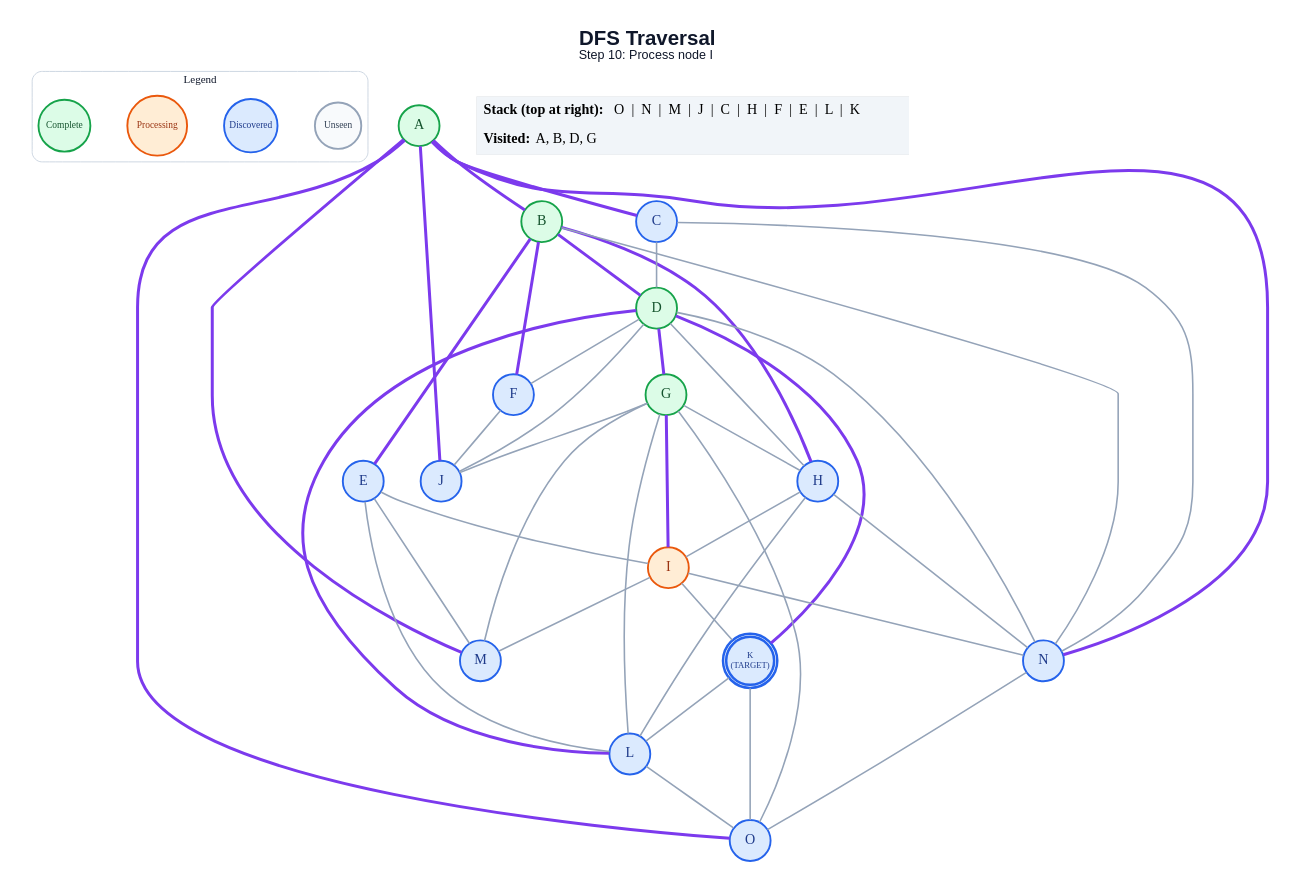
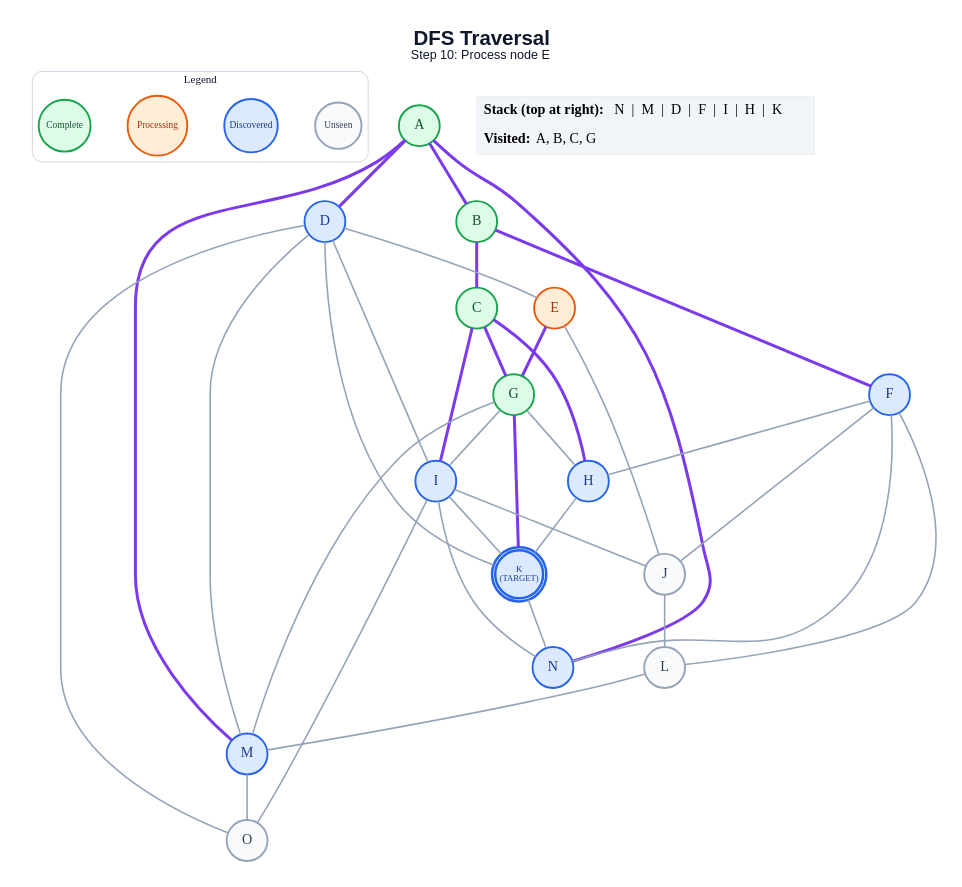
Before and after one commit to anon7238593-create/ai-slop: the diagram in generated/dfs/step_10.dot, drawn with Graphviz. The commit also changed 251 other files, not shown here.

```diff
--- a/generated/dfs/step_10.dot
+++ b/generated/dfs/step_10.dot
@@ -1,74 +1,67 @@
 graph traversal {
   graph [layout=dot, rankdir=TB, bgcolor="#FFFFFF", pad="0.35", nodesep="0.65", ranksep="0.8", fontname="Arial"];
   node [shape=circle, style="filled", fontname="Arial Bold", fontsize=18, width=0.72, fixedsize=true, penwidth=2.4];
   edge [color="#94A3B8", penwidth=2.0];
-  label=<<B>DFS Traversal</B><BR/><FONT POINT-SIZE="16">Step 10: Process node I</FONT>>; labelloc="t"; fontsize=26; fontname="Arial"; fontcolor="#0F172A";
+  label=<<B>DFS Traversal</B><BR/><FONT POINT-SIZE="16">Step 10: Process node E</FONT>>; labelloc="t"; fontsize=26; fontname="Arial"; fontcolor="#0F172A";
   subgraph cluster_legend { label="Legend"; color="#CBD5E1"; penwidth=1.2; style="rounded"; fontsize=14; fontname="Arial Bold";
     key_unseen [label="Unseen", fillcolor="#F8FAFC", color="#94A3B8", fontcolor="#334155", fontsize=12, width=0.82];
     key_frontier [label="Discovered", fillcolor="#DBEAFE", color="#2563EB", fontcolor="#1E3A8A", fontsize=12, width=0.95];
     key_current [label="Processing", fillcolor="#FFEDD5", color="#EA580C", fontcolor="#9A3412", fontsize=12, width=1.05];
     key_done [label="Complete", fillcolor="#DCFCE7", color="#16A34A", fontcolor="#14532D", fontsize=12, width=0.92];
     { rank=same; key_unseen; key_frontier; key_current; key_done; }
   }
   A [label="A", fillcolor="#DCFCE7", color="#16A34A", fontcolor="#14532D", peripheries=1, penwidth=2.4];
   B [label="B", fillcolor="#DCFCE7", color="#16A34A", fontcolor="#14532D", peripheries=1, penwidth=2.4];
-  C [label="C", fillcolor="#DBEAFE", color="#2563EB", fontcolor="#1E3A8A", peripheries=1, penwidth=2.4];
-  D [label="D", fillcolor="#DCFCE7", color="#16A34A", fontcolor="#14532D", peripheries=1, penwidth=2.4];
-  E [label="E", fillcolor="#DBEAFE", color="#2563EB", fontcolor="#1E3A8A", peripheries=1, penwidth=2.4];
+  C [label="C", fillcolor="#DCFCE7", color="#16A34A", fontcolor="#14532D", peripheries=1, penwidth=2.4];
+  D [label="D", fillcolor="#DBEAFE", color="#2563EB", fontcolor="#1E3A8A", peripheries=1, penwidth=2.4];
+  E [label="E", fillcolor="#FFEDD5", color="#EA580C", fontcolor="#9A3412", peripheries=1, penwidth=2.4];
   F [label="F", fillcolor="#DBEAFE", color="#2563EB", fontcolor="#1E3A8A", peripheries=1, penwidth=2.4];
   G [label="G", fillcolor="#DCFCE7", color="#16A34A", fontcolor="#14532D", peripheries=1, penwidth=2.4];
   H [label="H", fillcolor="#DBEAFE", color="#2563EB", fontcolor="#1E3A8A", peripheries=1, penwidth=2.4];
-  I [label="I", fillcolor="#FFEDD5", color="#EA580C", fontcolor="#9A3412", peripheries=1, penwidth=2.4];
-  J [label="J", fillcolor="#DBEAFE", color="#2563EB", fontcolor="#1E3A8A", peripheries=1, penwidth=2.4];
+  I [label="I", fillcolor="#DBEAFE", color="#2563EB", fontcolor="#1E3A8A", peripheries=1, penwidth=2.4];
+  J [label="J", fillcolor="#F8FAFC", color="#94A3B8", fontcolor="#334155", peripheries=1, penwidth=2.4];
   K [label="K\n(TARGET)", fillcolor="#DBEAFE", color="#2563EB", fontcolor="#1E3A8A", peripheries=2, penwidth=3.2, fontsize=11, width=0.85, height=0.85];
-  L [label="L", fillcolor="#DBEAFE", color="#2563EB", fontcolor="#1E3A8A", peripheries=1, penwidth=2.4];
+  L [label="L", fillcolor="#F8FAFC", color="#94A3B8", fontcolor="#334155", peripheries=1, penwidth=2.4];
   M [label="M", fillcolor="#DBEAFE", color="#2563EB", fontcolor="#1E3A8A", peripheries=1, penwidth=2.4];
   N [label="N", fillcolor="#DBEAFE", color="#2563EB", fontcolor="#1E3A8A", peripheries=1, penwidth=2.4];
-  O [label="O", fillcolor="#DBEAFE", color="#2563EB", fontcolor="#1E3A8A", peripheries=1, penwidth=2.4];
+  O [label="O", fillcolor="#F8FAFC", color="#94A3B8", fontcolor="#334155", peripheries=1, penwidth=2.4];
   A -- B [color="#7C3AED", penwidth=3.8];
-  A -- C [color="#7C3AED", penwidth=3.8];
-  A -- J [color="#7C3AED", penwidth=3.8];
+  A -- D [color="#7C3AED", penwidth=3.8];
   A -- M [color="#7C3AED", penwidth=3.8];
   A -- N [color="#7C3AED", penwidth=3.8];
-  A -- O [color="#7C3AED", penwidth=3.8];
-  B -- D [color="#7C3AED", penwidth=3.8];
-  B -- E [color="#7C3AED", penwidth=3.8];
+  B -- C [color="#7C3AED", penwidth=3.8];
   B -- F [color="#7C3AED", penwidth=3.8];
-  B -- H [color="#7C3AED", penwidth=3.8];
-  B -- N;
-  C -- D;
-  C -- N;
-  D -- F;
-  D -- G [color="#7C3AED", penwidth=3.8];
-  D -- H;
-  D -- J;
-  D -- K [color="#7C3AED", penwidth=3.8];
-  D -- L [color="#7C3AED", penwidth=3.8];
-  D -- N;
-  E -- I;
-  E -- L;
-  E -- M;
+  C -- G [color="#7C3AED", penwidth=3.8];
+  C -- H [color="#7C3AED", penwidth=3.8];
+  C -- I [color="#7C3AED", penwidth=3.8];
+  D -- E;
+  D -- I;
+  D -- K;
+  D -- M;
+  D -- O;
+  E -- G [color="#7C3AED", penwidth=3.8];
+  E -- J;
+  F -- H;
   F -- J;
+  F -- L;
+  F -- N;
   G -- H;
-  G -- I [color="#7C3AED", penwidth=3.8];
-  G -- J;
-  G -- L;
+  G -- I;
+  G -- K [color="#7C3AED", penwidth=3.8];
   G -- M;
-  G -- O;
-  H -- I;
-  H -- L;
-  H -- N;
+  H -- K;
+  I -- J;
   I -- K;
-  I -- M;
   I -- N;
-  K -- L;
-  K -- O;
-  L -- O;
-  N -- O;
+  I -- O;
+  J -- L;
+  K -- N;
+  L -- M;
+  M -- O;
   status [shape=plain, fixedsize=false, width=0, height=0, margin=0, label=<
     <TABLE BORDER="0" CELLBORDER="0" CELLPADDING="7" BGCOLOR="#F1F5F9">
-      <TR><TD ALIGN="LEFT"><B>Stack (top at right):</B> O  |  N  |  M  |  J  |  C  |  H  |  F  |  E  |  L  |  K</TD></TR>
-      <TR><TD ALIGN="LEFT"><B>Visited:</B> A, B, D, G</TD></TR>
+      <TR><TD ALIGN="LEFT"><B>Stack (top at right):</B> N  |  M  |  D  |  F  |  I  |  H  |  K</TD></TR>
+      <TR><TD ALIGN="LEFT"><B>Visited:</B> A, B, C, G</TD></TR>
     </TABLE>
   >];
 }
```
